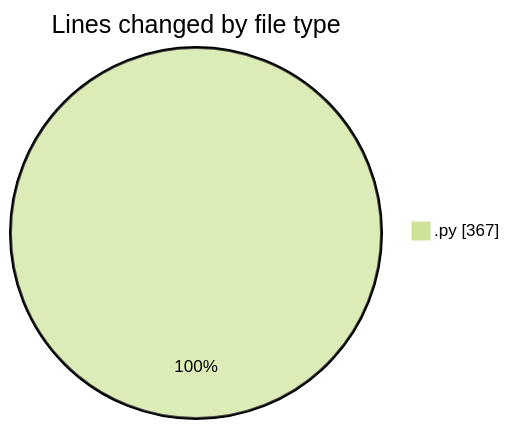
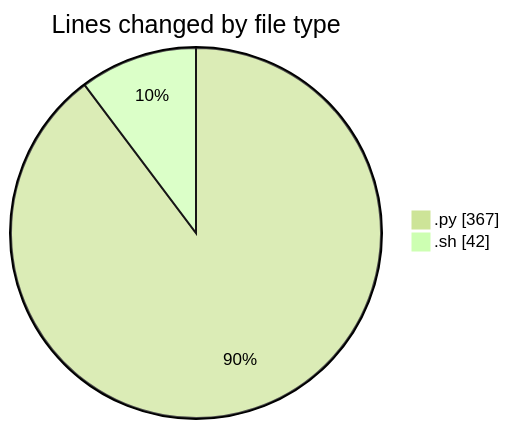
Before and after one commit to Elitesun/code-tracking: the first of 2 diagrams in 2025-05-14/niten/README.md, drawn with Mermaid (forest theme). The commit also changed other lines of this file and 1 other file, not shown here.

````diff
--- a/2025-05-14/niten/README.md
+++ b/2025-05-14/niten/README.md
@@ -23,5 +24,6 @@
 ```mermaid
 pie showData
 title Lines changed by file type
 ".py" : 367
+".sh" : 42
 ```
````
